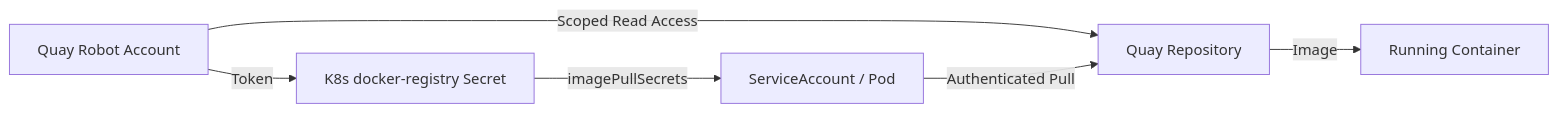
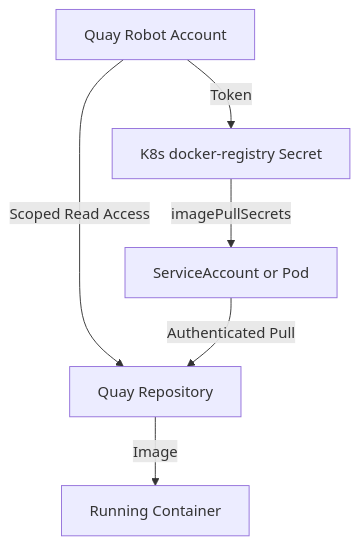
The diagram in src/content/recipes/quay-robot-account-kubernetes.md (greg4fun/kubernetesrecipes.github.io), drawn with Mermaid before and after one commit.

Commit message:
Fix mermaid diagram in quay-robot-account-kubernetes: TD layout, remove slash

````diff
--- a/src/content/recipes/quay-robot-account-kubernetes.md
+++ b/src/content/recipes/quay-robot-account-kubernetes.md
@@ -214,8 +214,8 @@
 ```mermaid
-flowchart LR
+flowchart TD
     A[Quay Robot Account] -->|Scoped Read Access| B[Quay Repository]
     A -->|Token| C[K8s docker-registry Secret]
-    C -->|imagePullSecrets| D[ServiceAccount / Pod]
+    C -->|imagePullSecrets| D[ServiceAccount or Pod]
     D -->|Authenticated Pull| B
     B -->|Image| E[Running Container]
 ```
````
